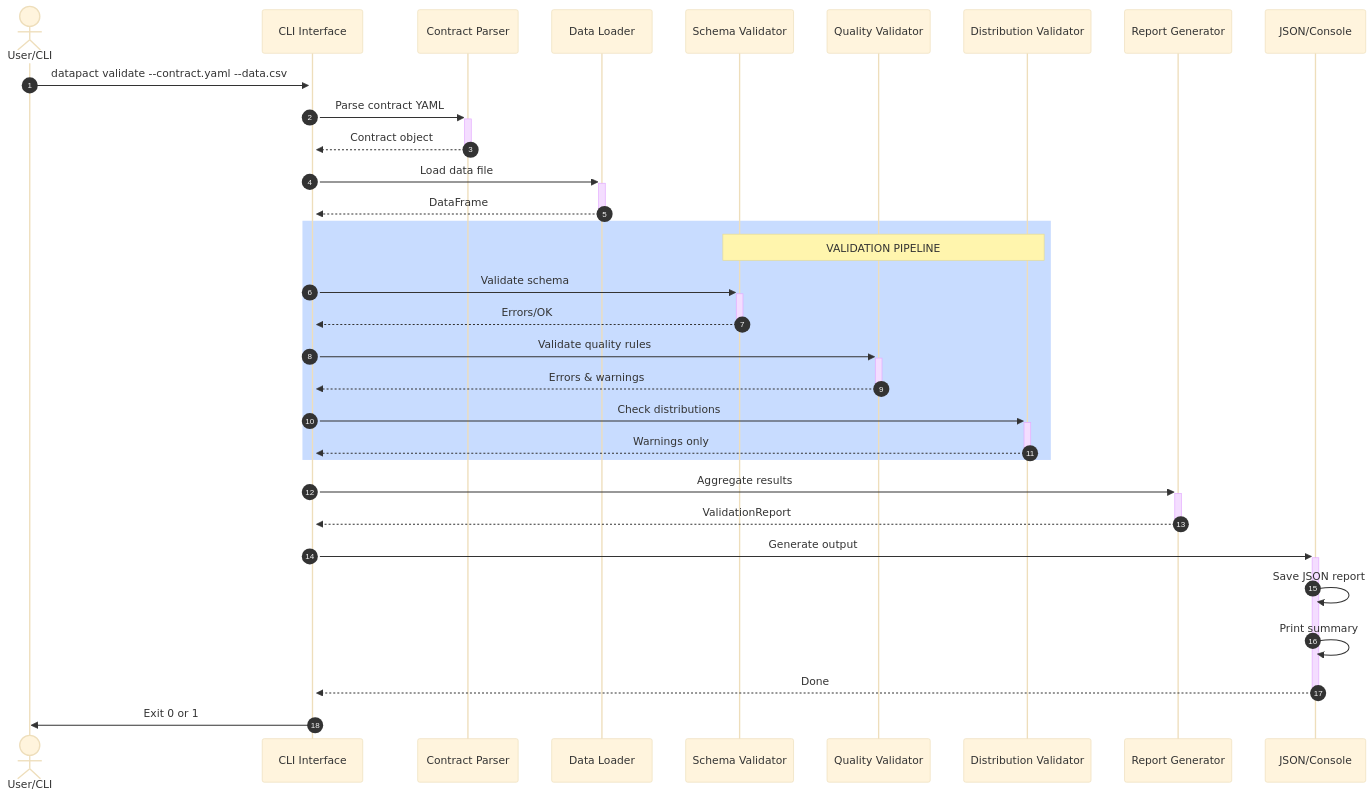
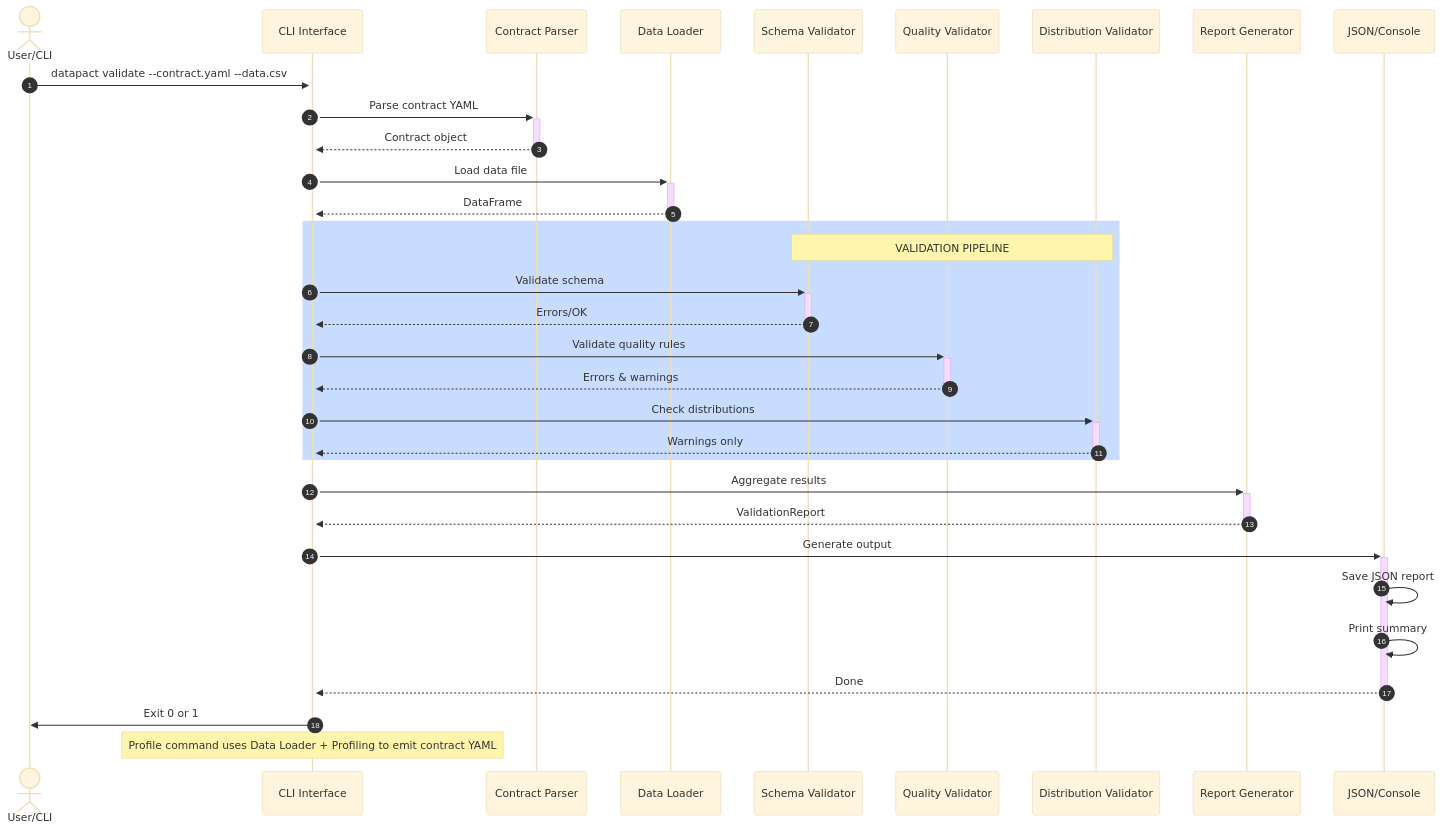
Before and after one commit to meetnishant/DataPact: the diagram in docs/sequenceDiagram.mmd, drawn with Mermaid (base theme). The commit also changed 23 other files, not shown here.

```diff
--- a/docs/sequenceDiagram.mmd
+++ b/docs/sequenceDiagram.mmd
@@ -1,40 +1,42 @@
 sequenceDiagram
     autonumber
     actor User as User/CLI
     participant CLI as CLI Interface
     participant Parser as Contract Parser
     participant Loader as Data Loader
     participant Schema as Schema Validator
     participant Quality as Quality Validator
     participant Distribution as Distribution Validator
     participant Reporter as Report Generator
     participant Output as JSON/Console
 
     User->>+CLI: datapact validate --contract.yaml --data.csv
     CLI->>+Parser: Parse contract YAML
     Parser-->>-CLI: Contract object
     
     CLI->>+Loader: Load data file
     Loader-->>-CLI: DataFrame
     
     rect rgb(200, 220, 255)
     Note over Schema,Distribution: VALIDATION PIPELINE
     CLI->>+Schema: Validate schema
     Schema-->>-CLI: Errors/OK
     
     CLI->>+Quality: Validate quality rules
     Quality-->>-CLI: Errors & warnings
     
     CLI->>+Distribution: Check distributions
     Distribution-->>-CLI: Warnings only
     end
     
     CLI->>+Reporter: Aggregate results
     Reporter-->>-CLI: ValidationReport
     
     CLI->>+Output: Generate output
     Output->>Output: Save JSON report
     Output->>Output: Print summary
     Output-->>-CLI: Done
     
     CLI->>User: Exit 0 or 1
+
+    Note over CLI: Profile command uses Data Loader + Profiling to emit contract YAML
```
